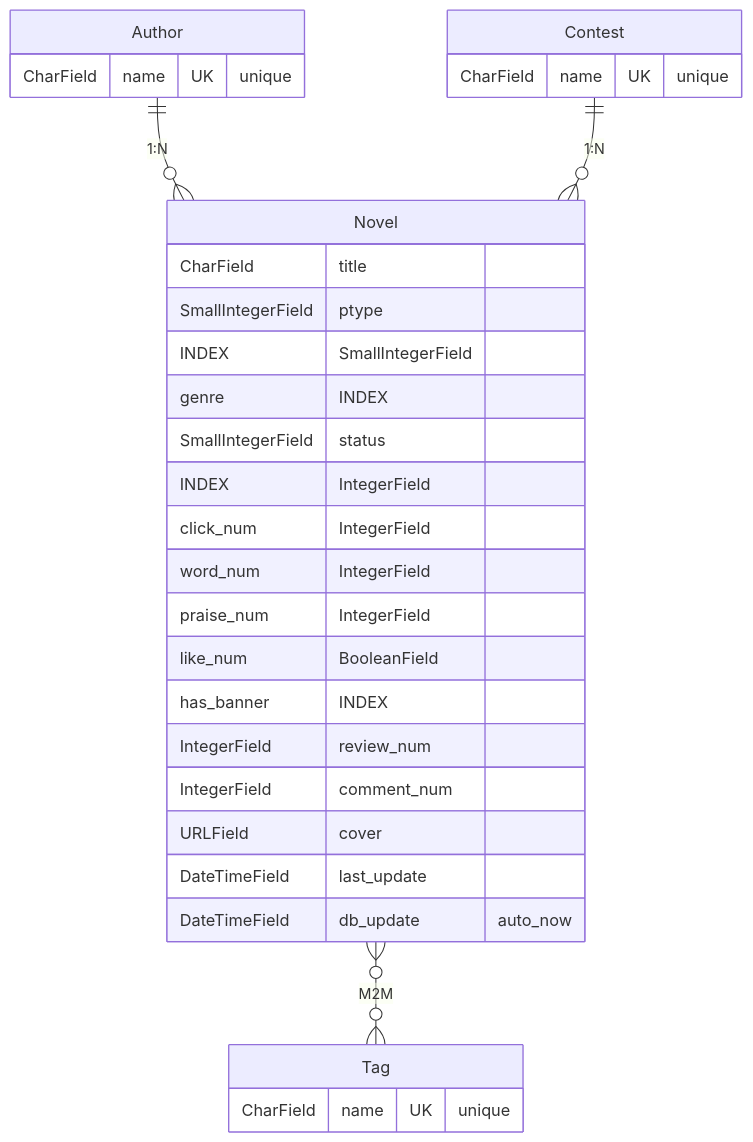
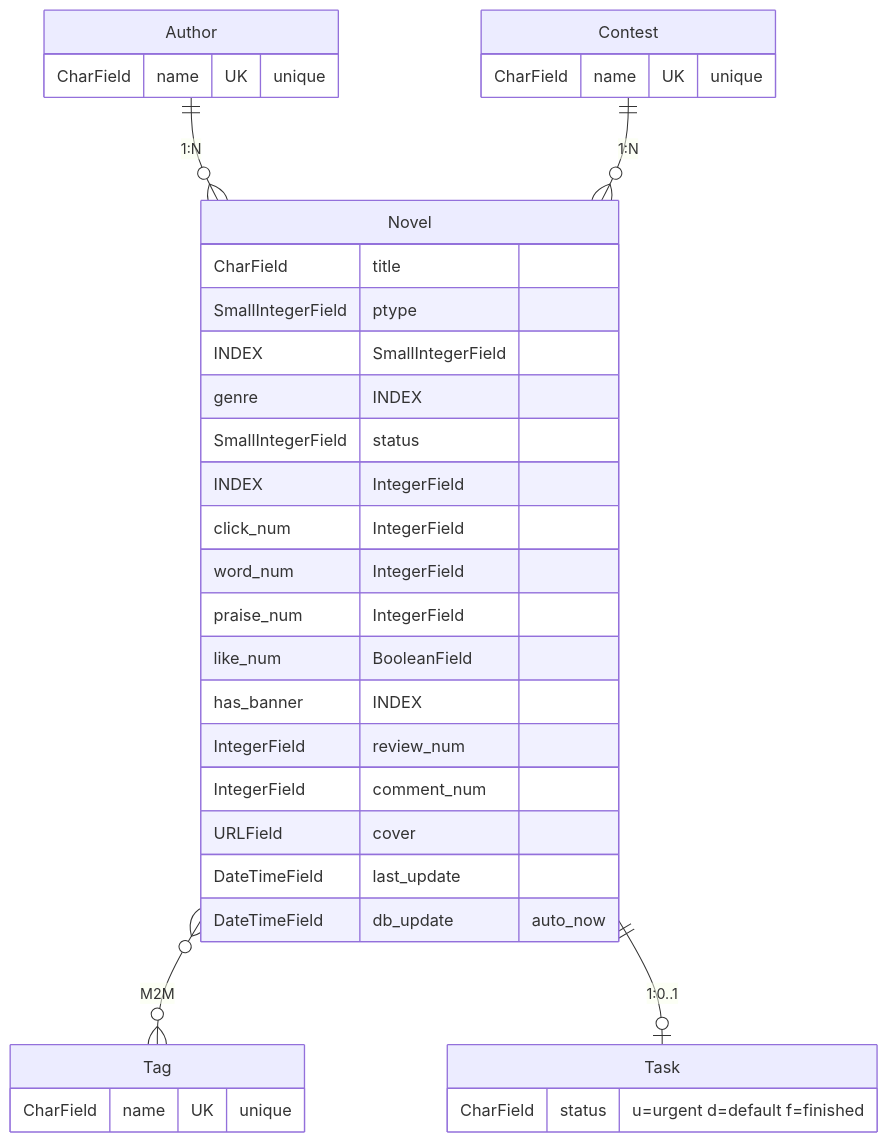
Before and after one commit to light-nook-labs/novel_hub: the diagram in README.md, drawn with Mermaid. The commit also changed other lines of this file and 8 other files, not shown here.

First line of the commit message:
feat: Task model status field (u/d/f) with logging

````diff
--- a/README.md
+++ b/README.md
@@ -24,35 +24,40 @@
 ```mermaid
 erDiagram
     Author {
         CharField name UK "unique"
     }
 
     Tag {
         CharField name UK "unique"
     }
 
     Contest {
         CharField name UK "unique"
     }
 
     Novel {
         CharField title
         SmallIntegerField ptype INDEX
         SmallIntegerField genre INDEX
         SmallIntegerField status INDEX
         IntegerField click_num
         IntegerField word_num
         IntegerField praise_num
         IntegerField like_num
         BooleanField has_banner INDEX
         IntegerField review_num
         IntegerField comment_num
         URLField cover
         DateTimeField last_update
         DateTimeField db_update "auto_now"
     }
 
+    Task {
+        CharField status "u=urgent d=default f=finished"
+    }
+
     Author ||--o{ Novel : "1:N"
     Contest ||--o{ Novel : "1:N"
     Novel }o--o{ Tag : "M2M"
+    Novel ||--o| Task : "1:0..1"
 ```
````
